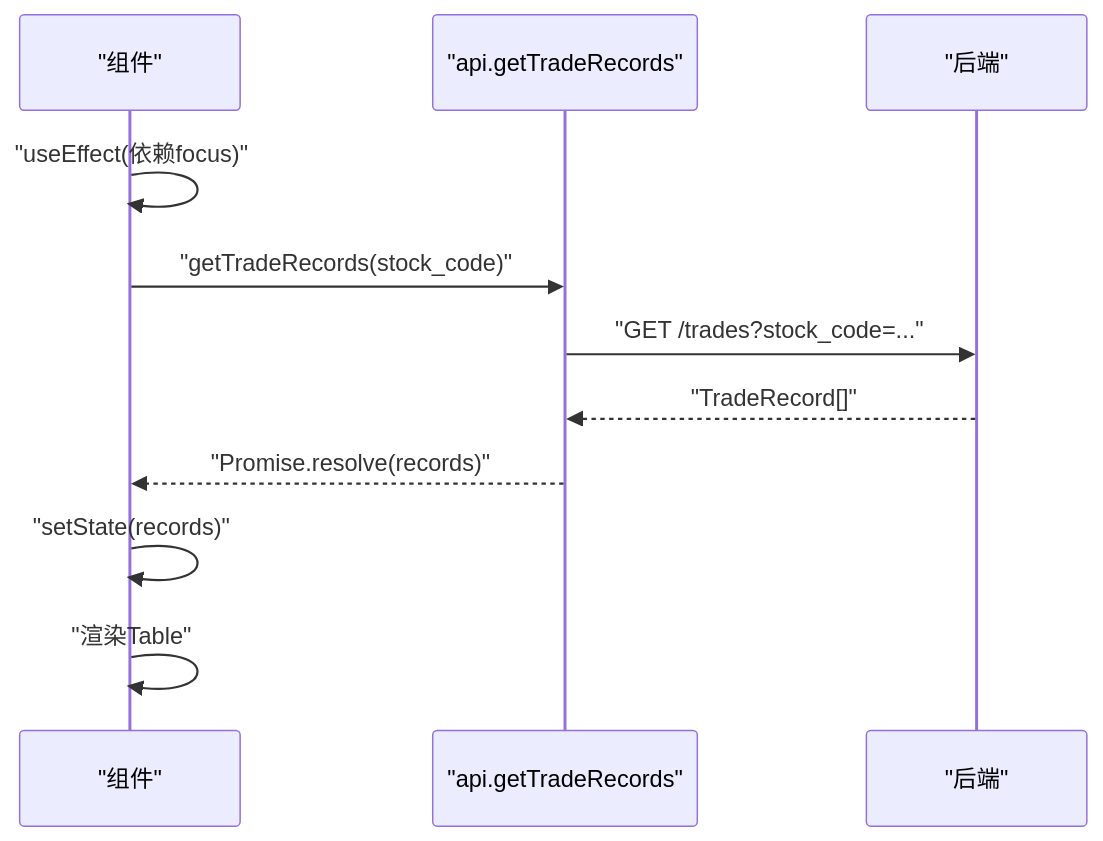
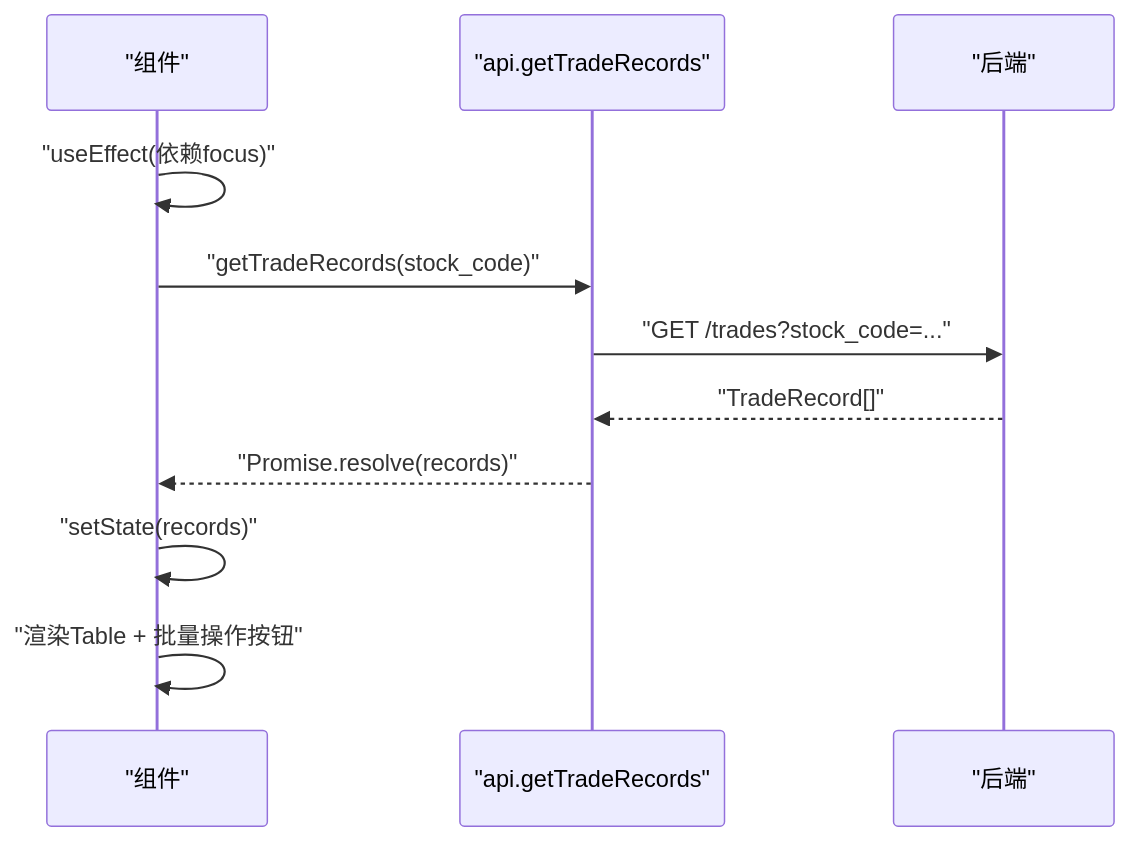
One commit to Moruime/stock_foker changed the sixth of 9 diagrams in .qoder/repowiki/zh/content/前端组件/页面组件.md. Above: the diagram before and after it, drawn with Mermaid. The commit also changed other lines of this file and 10 other files, not shown here.

````diff
--- a/.qoder/repowiki/zh/content/前端组件/页面组件.md
+++ b/.qoder/repowiki/zh/content/前端组件/页面组件.md
@@ -276,13 +301,13 @@
 ```mermaid
 sequenceDiagram
 participant C as "组件"
 participant A as "api.getTradeRecords"
 participant S as "后端"
 C->>C : "useEffect(依赖focus)"
 C->>A : "getTradeRecords(stock_code)"
 A->>S : "GET /trades?stock_code=..."
 S-->>A : "TradeRecord[]"
 A-->>C : "Promise.resolve(records)"
 C->>C : "setState(records)"
-C->>C : "渲染Table"
+C->>C : "渲染Table + 批量操作按钮"
 ```
````
